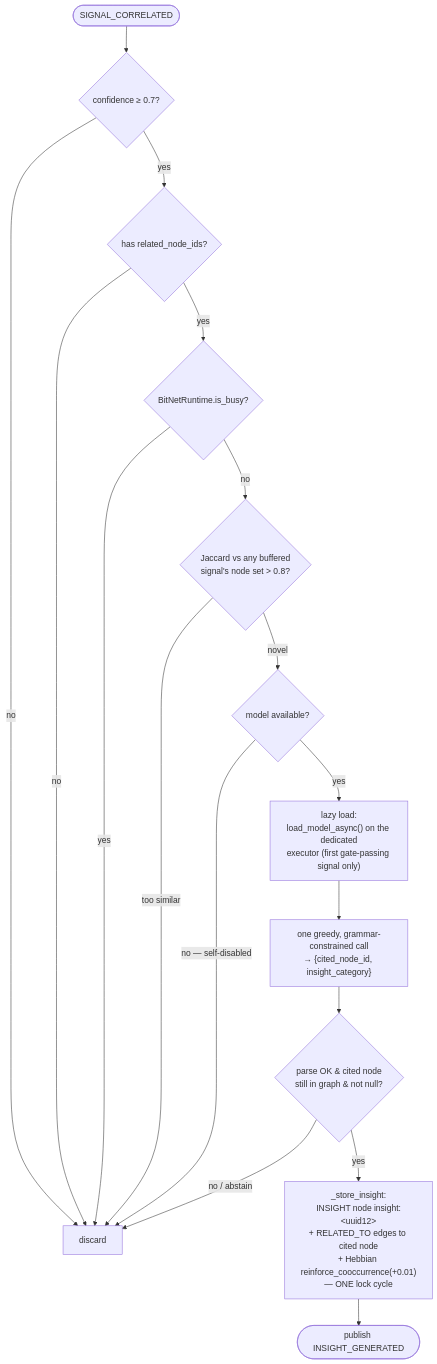
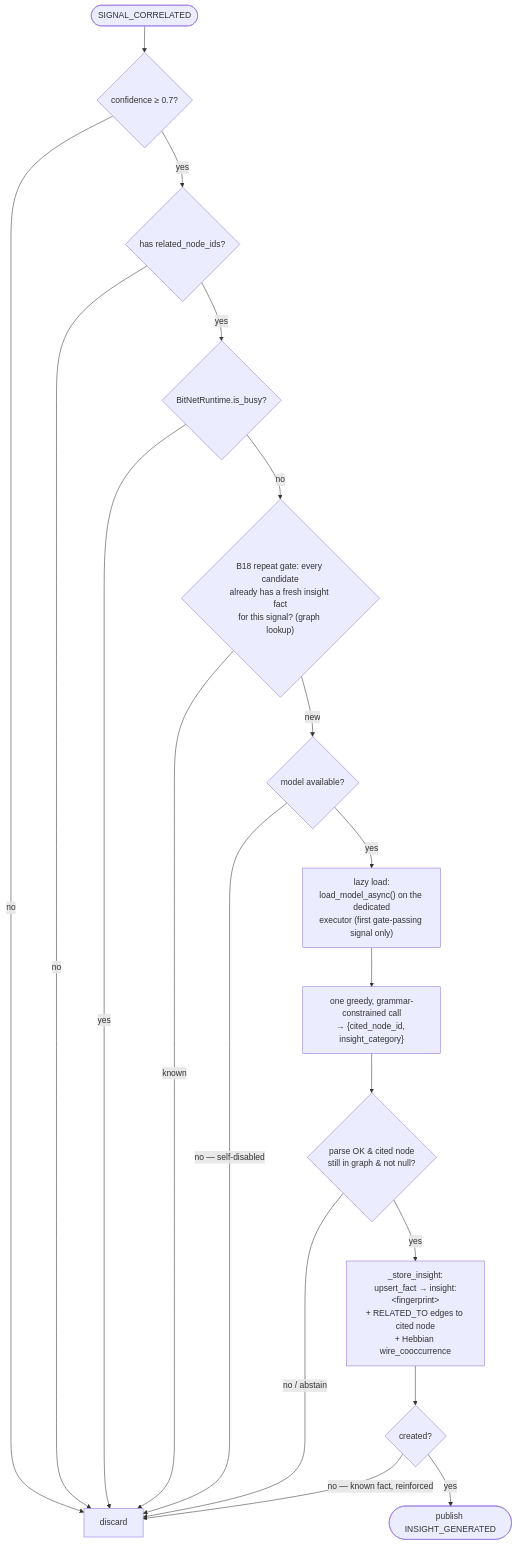
The fifth of 10 diagrams in Architecture.md (bhanot-99/NeuroPACA), drawn with Mermaid before and after one commit. The commit also changed other lines of this file and 25 other files, not shown here.

````diff
--- a/Architecture.md
+++ b/Architecture.md
@@ -470,19 +469,21 @@
 ```mermaid
 flowchart TD
     SIG([SIGNAL_CORRELATED]) --> G1{confidence ≥ 0.7?}
     G1 -->|no| DROP[discard]
     G1 -->|yes| G2{has related_node_ids?}
     G2 -->|no| DROP
     G2 -->|yes| G3{BitNetRuntime.is_busy?}
     G3 -->|yes| DROP
-    G3 -->|no| G4{"Jaccard vs any buffered<br/>signal's node set > 0.8?"}
-    G4 -->|too similar| DROP
-    G4 -->|novel| G5{model available?}
+    G3 -->|no| G4{"B18 repeat gate: every candidate<br/>already has a fresh insight fact<br/>for this signal? (graph lookup)"}
+    G4 -->|known| DROP
+    G4 -->|new| G5{model available?}
     G5 -->|no — self-disabled| DROP
     G5 -->|yes| LL["lazy load:<br/>load_model_async() on the dedicated<br/>executor (first gate-passing signal only)"]
     LL --> INF["one greedy, grammar-constrained call<br/>→ {cited_node_id, insight_category}"]
     INF --> P{parse OK & cited node<br/>still in graph & not null?}
     P -->|no / abstain| DROP
-    P -->|yes| ST["_store_insight:<br/>INSIGHT node insight:&lt;uuid12&gt;<br/>+ RELATED_TO edges to cited node<br/>+ Hebbian reinforce_cooccurrence(+0.01)<br/>— ONE lock cycle"]
-    ST --> PUB([publish INSIGHT_GENERATED])
+    P -->|yes| ST["_store_insight:<br/>upsert_fact → insight:&lt;fingerprint&gt;<br/>+ RELATED_TO edges to cited node<br/>+ Hebbian wire_cooccurrence"]
+    ST --> NEW{created?}
+    NEW -->|no — known fact, reinforced| DROP
+    NEW -->|yes| PUB([publish INSIGHT_GENERATED])
 ```
````
